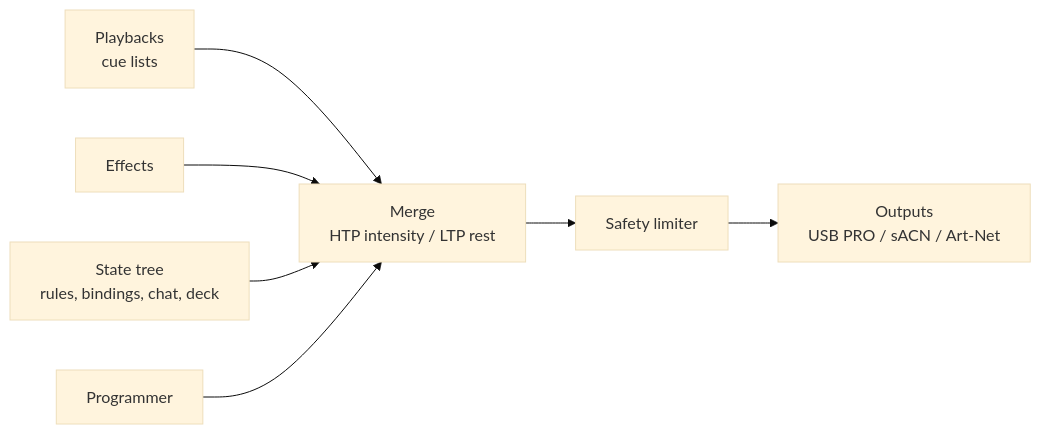
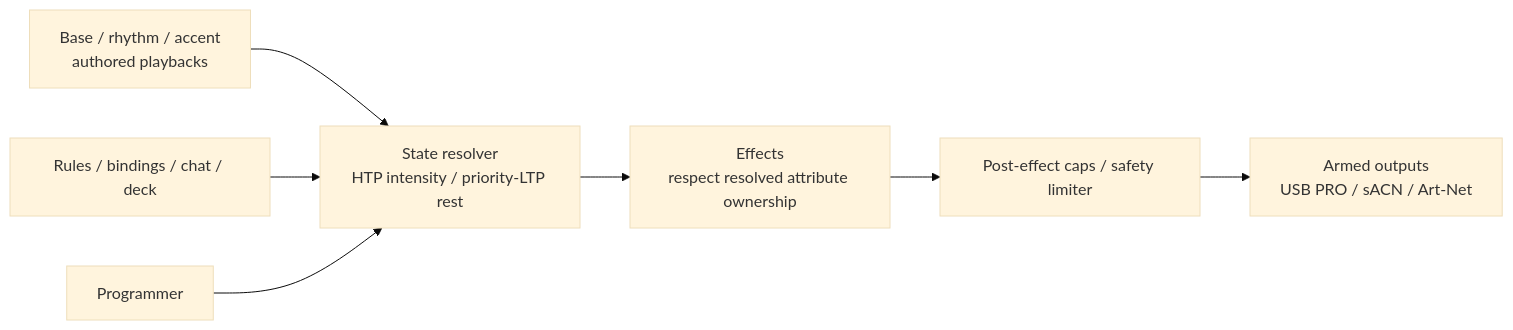
Before and after one commit to DABSandDRUMS/stream-engine: the diagram in docs/lights.md, drawn with Mermaid (base theme). The commit also changed other lines of this file and 388 other files, not shown here.

````diff
--- a/docs/lights.md
+++ b/docs/lights.md
@@ -29,9 +33,9 @@
 ```mermaid
 flowchart LR
-  P[Playbacks<br/>cue lists] --> M[Merge<br/>HTP intensity / LTP rest]
-  E[Effects] --> M
-  S[State tree<br/>rules, bindings, chat, deck] --> M
+  P[Base / rhythm / accent<br/>authored playbacks] --> M[State resolver<br/>HTP intensity / priority-LTP rest]
+  S[Rules / bindings / chat / deck] --> M
   G[Programmer] --> M
-  M --> L[Safety limiter]
-  L --> O[Outputs<br/>USB PRO / sACN / Art-Net]
+  M --> E[Effects<br/>respect resolved attribute ownership]
+  E --> L[Post-effect caps / safety limiter]
+  L --> O[Armed outputs<br/>USB PRO / sACN / Art-Net]
 ```
````
